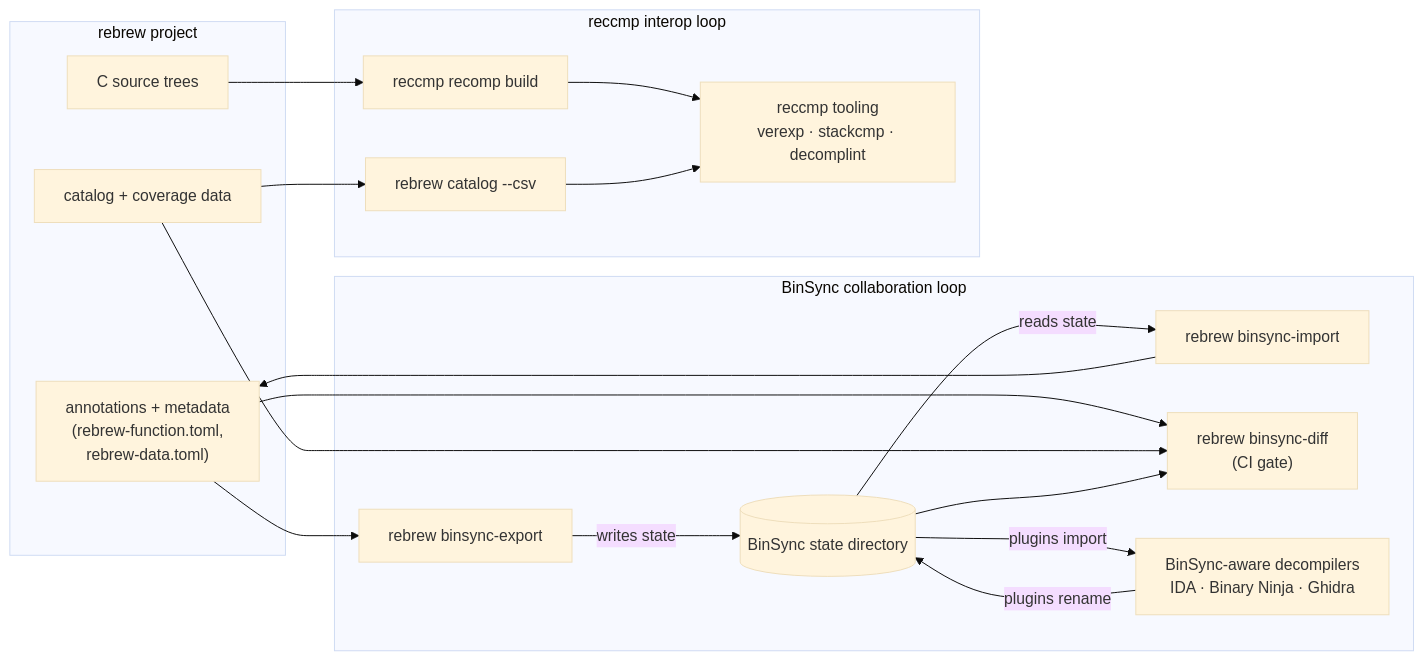
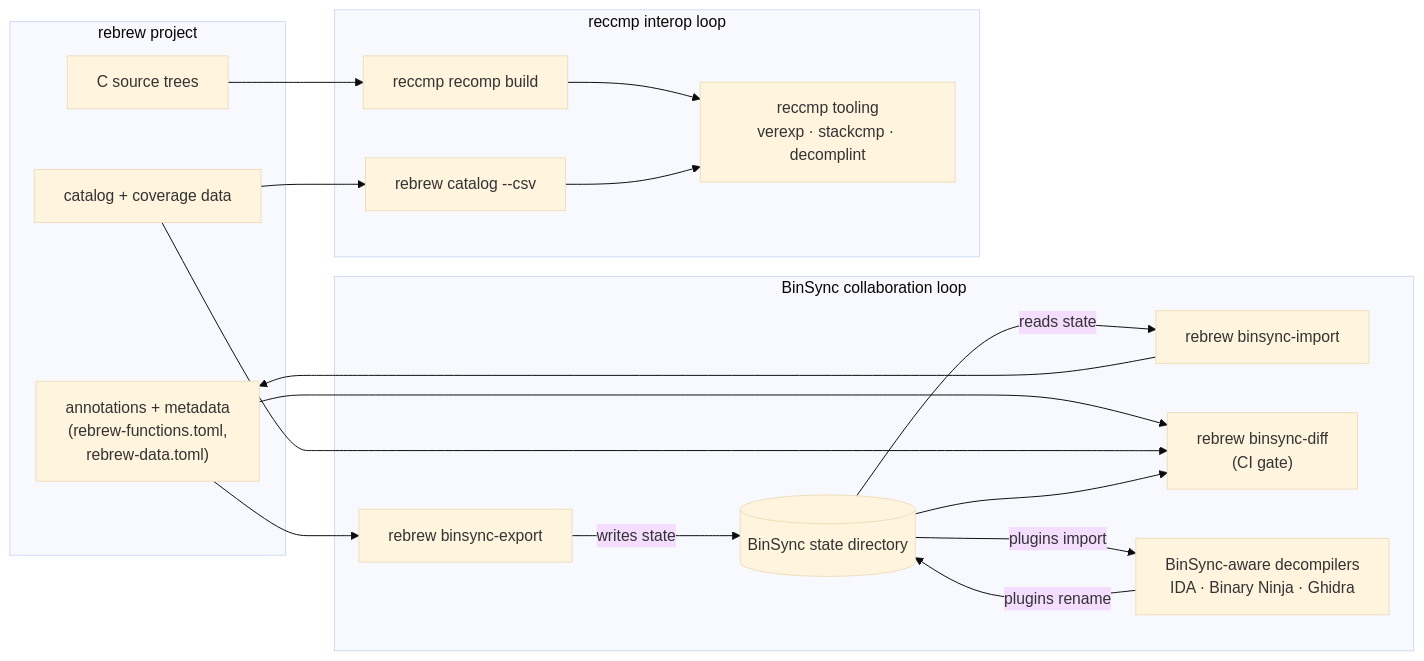
One commit to maci0/rebrew changed the second of 3 diagrams in docs/ECOSYSTEM.md. Above: the diagram before and after it, drawn with Mermaid (base theme). The commit also changed other lines of this file and 99 other files, not shown here.

First line of the commit message:
refactor: rename rebrew-function.toml -> rebrew-functions.toml

````diff
--- a/docs/ECOSYSTEM.md
+++ b/docs/ECOSYSTEM.md
@@ -236,34 +236,34 @@
 ```mermaid
 flowchart LR
     subgraph RBS["rebrew project"]
-        ANN["annotations + metadata<br/>(rebrew-function.toml,<br/>rebrew-data.toml)"]
+        ANN["annotations + metadata<br/>(rebrew-functions.toml,<br/>rebrew-data.toml)"]
         SRC["C source trees"]
         CAT["catalog + coverage data"]
     end
 
     subgraph BS["BinSync collaboration loop"]
         EXP["rebrew binsync-export"]
         IMP["rebrew binsync-import"]
         DIFF["rebrew binsync-diff<br/>(CI gate)"]
         STATE[("BinSync state directory")]
         DEC["BinSync-aware decompilers<br/>IDA · Binary Ninja · Ghidra"]
     end
 
     subgraph RC["reccmp interop loop"]
         CSV["rebrew catalog --csv"]
         CMPTOOL["reccmp tooling<br/>verexp · stackcmp · decomplint"]
         RECOMP["reccmp recomp build"]
     end
 
     ANN --> EXP
     EXP -->|"writes state"| STATE
     STATE -->|"plugins import"| DEC
     DEC -->|"plugins rename"| STATE
     STATE -->|"reads state"| IMP
     IMP --> ANN
     ANN --> DIFF
     CAT --> DIFF
     STATE --> DIFF
     SRC --> RECOMP --> CMPTOOL
     CAT --> CSV --> CMPTOOL
 ```
````
